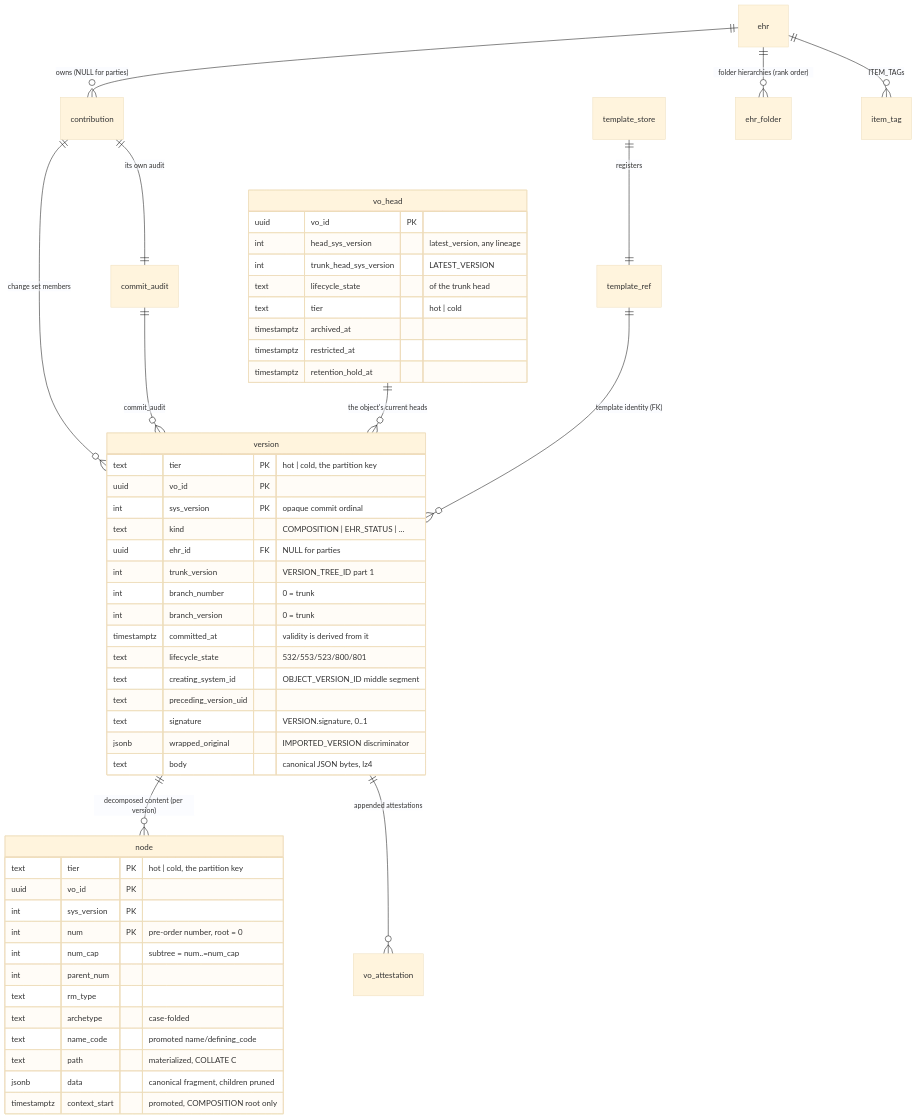
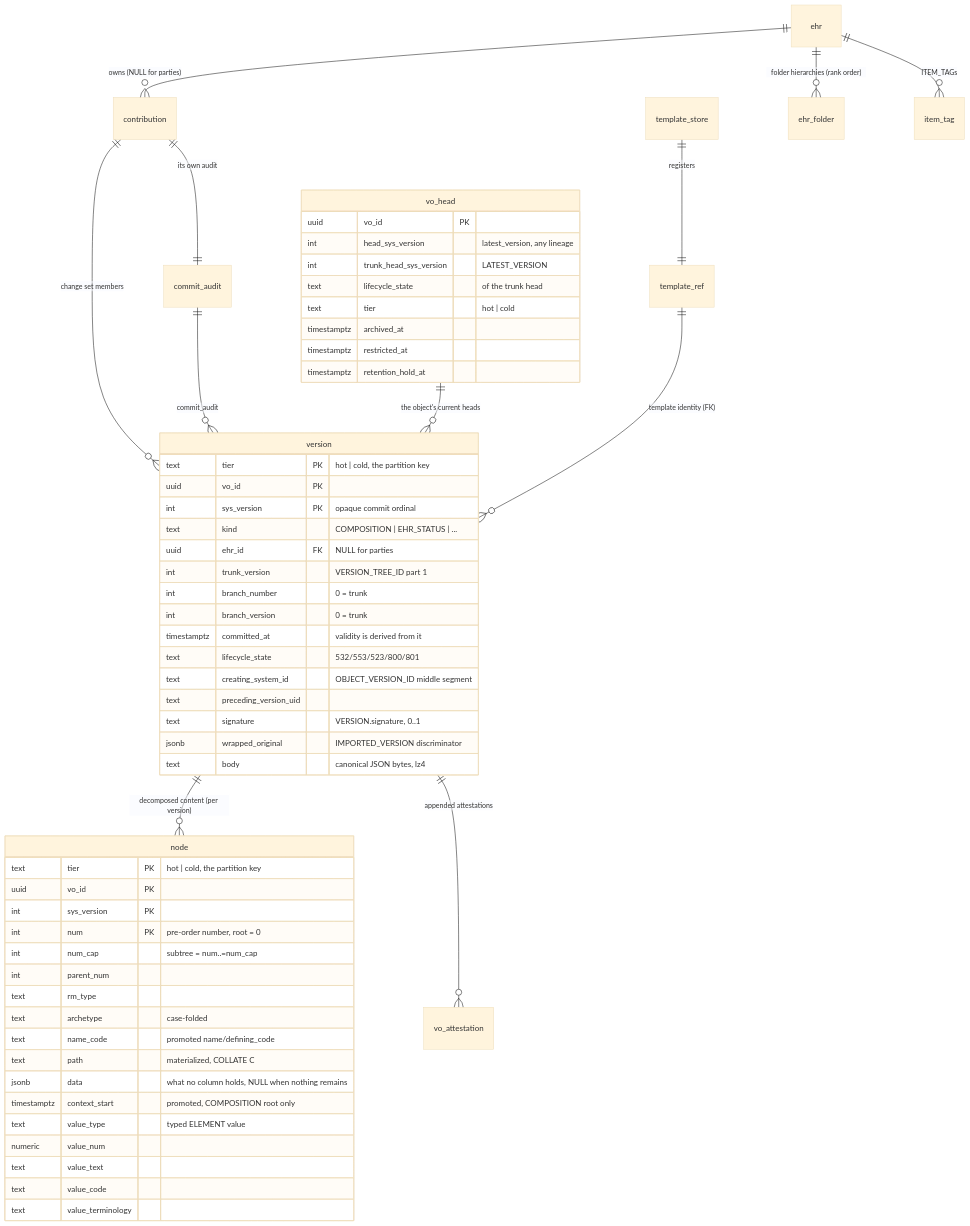
Before and after one commit to FerroHEALTH/FerroEHR: the second of 6 diagrams in website/book/src/concepts/storage.md, drawn with Mermaid (base theme). The commit also changed other lines of this file and 26 other files, not shown here.

````diff
--- a/website/book/src/concepts/storage.md
+++ b/website/book/src/concepts/storage.md
@@ -114,56 +114,61 @@
 ```mermaid
 erDiagram
     ehr ||--o{ contribution : "owns (NULL for parties)"
     contribution ||--|| commit_audit : "its own audit"
     contribution ||--o{ version : "change set members"
     commit_audit ||--o{ version : "commit_audit"
     vo_head ||--o{ version : "the object's current heads"
     version ||--o{ node : "decomposed content (per version)"
     version ||--o{ vo_attestation : "appended attestations"
     template_ref ||--o{ version : "template identity (FK)"
     template_store ||--|| template_ref : "registers"
     ehr ||--o{ ehr_folder : "folder hierarchies (rank order)"
     ehr ||--o{ item_tag : "ITEM_TAGs"
 
     version {
         text tier PK "hot | cold, the partition key"
         uuid vo_id PK
         int sys_version PK "opaque commit ordinal"
         text kind "COMPOSITION | EHR_STATUS | ..."
         uuid ehr_id FK "NULL for parties"
         int trunk_version "VERSION_TREE_ID part 1"
         int branch_number "0 = trunk"
         int branch_version "0 = trunk"
         timestamptz committed_at "validity is derived from it"
         text lifecycle_state "532/553/523/800/801"
         text creating_system_id "OBJECT_VERSION_ID middle segment"
         text preceding_version_uid
         text signature "VERSION.signature, 0..1"
         jsonb wrapped_original "IMPORTED_VERSION discriminator"
         text body "canonical JSON bytes, lz4"
     }
     vo_head {
         uuid vo_id PK
         int head_sys_version "latest_version, any lineage"
         int trunk_head_sys_version "LATEST_VERSION"
         text lifecycle_state "of the trunk head"
         text tier "hot | cold"
         timestamptz archived_at
         timestamptz restricted_at
         timestamptz retention_hold_at
     }
     node {
         text tier PK "hot | cold, the partition key"
         uuid vo_id PK
         int sys_version PK
         int num PK "pre-order number, root = 0"
         int num_cap "subtree = num..=num_cap"
         int parent_num
         text rm_type
         text archetype "case-folded"
         text name_code "promoted name/defining_code"
         text path "materialized, COLLATE C"
-        jsonb data "canonical fragment, children pruned"
+        jsonb data "what no column holds, NULL when nothing remains"
         timestamptz context_start "promoted, COMPOSITION root only"
+        text value_type "typed ELEMENT value"
+        numeric value_num
+        text value_text
+        text value_code
+        text value_terminology
     }
 ```
````
